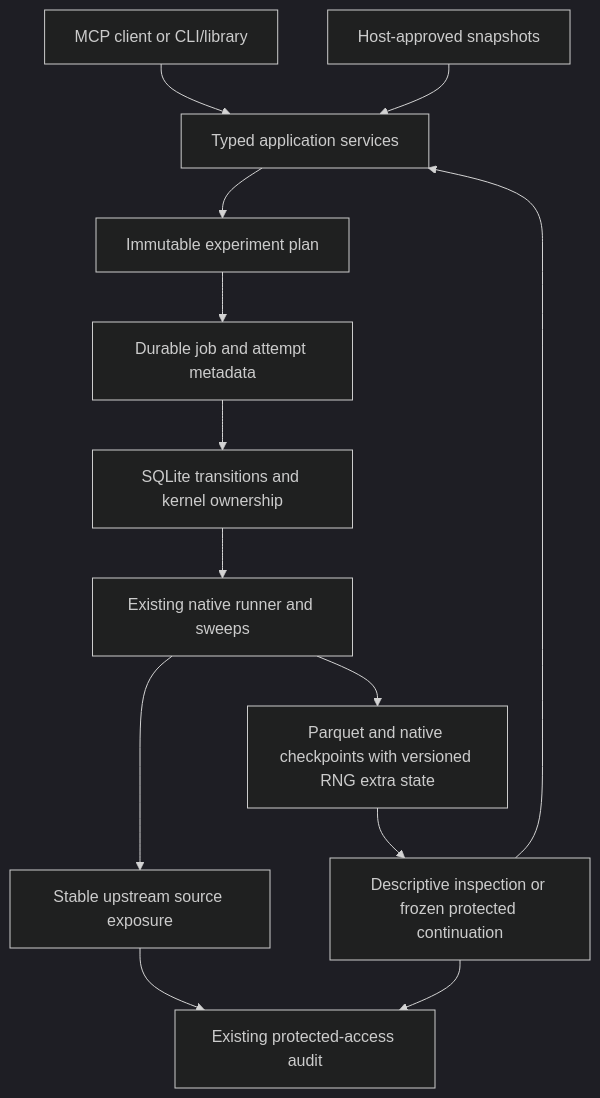
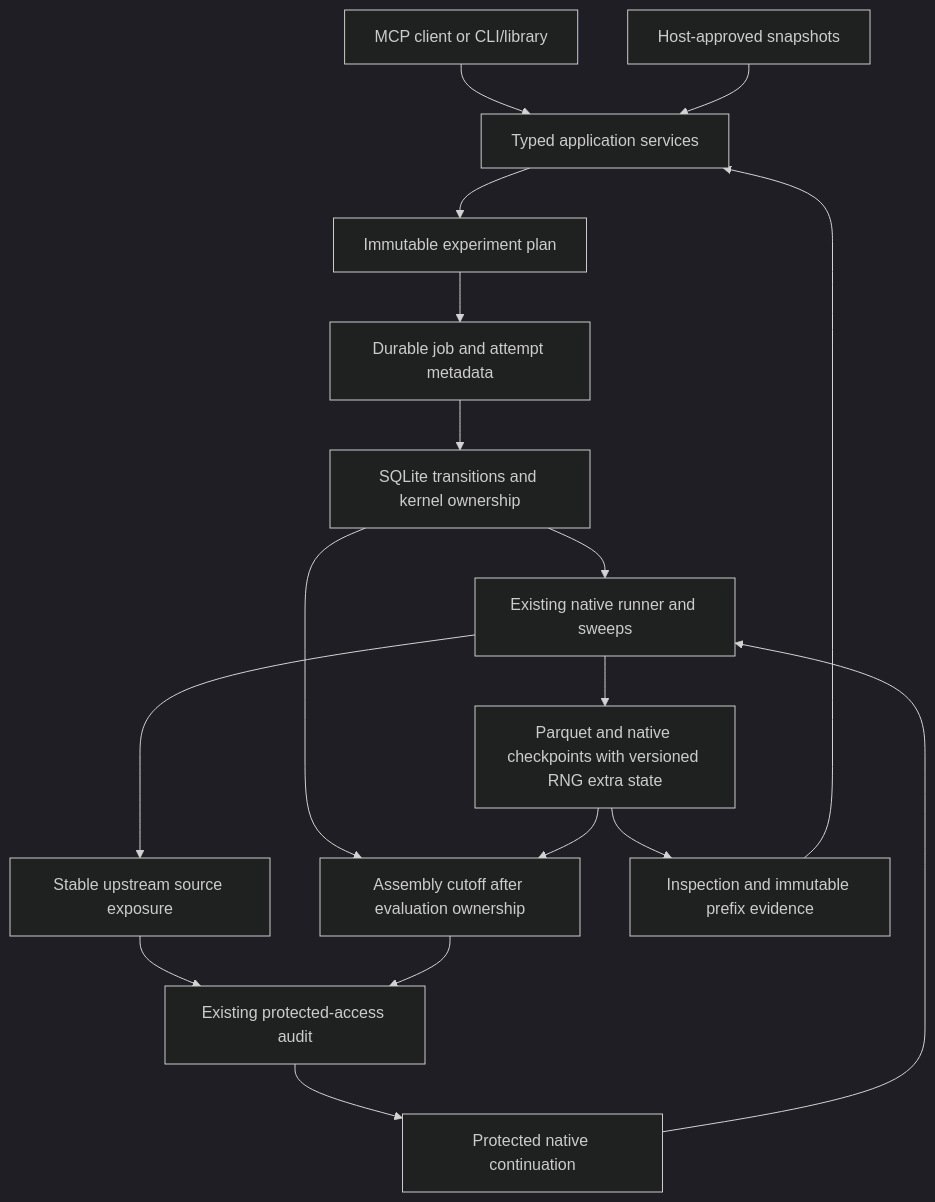
Before and after one commit to jacksonpradolima/coleman4hcs: the first of 2 diagrams in docs/workflow-contracts.md, drawn with Mermaid (dark theme). The commit also changed other lines of this file and 9 other files, not shown here.

Commit message:
fix: bind protected assembly windows to owned execution attempts

````diff
--- a/docs/workflow-contracts.md
+++ b/docs/workflow-contracts.md
@@ -69,15 +79,19 @@
 ```mermaid
 flowchart TD
     Client[MCP client or CLI/library] --> App[Typed application services]
     Registry[Host-approved snapshots] --> App
     App --> Plan[Immutable experiment plan]
     Plan --> Jobs[Durable job and attempt metadata]
     Jobs --> Ownership[SQLite transitions and kernel ownership]
     Ownership --> Runner[Existing native runner and sweeps]
     Runner --> Store[Parquet and native checkpoints with versioned RNG extra state]
     Runner --> Exposure[Stable upstream source exposure]
     Exposure --> Audit[Existing protected-access audit]
-    Store --> Evidence[Descriptive inspection or frozen protected continuation]
-    Evidence --> Audit
+    Ownership --> Window[Assembly cutoff after evaluation ownership]
+    Store --> Window
+    Window --> Audit
+    Audit --> Continuation[Protected native continuation]
+    Continuation --> Runner
+    Store --> Evidence[Inspection and immutable prefix evidence]
     Evidence --> App
 ```
````
